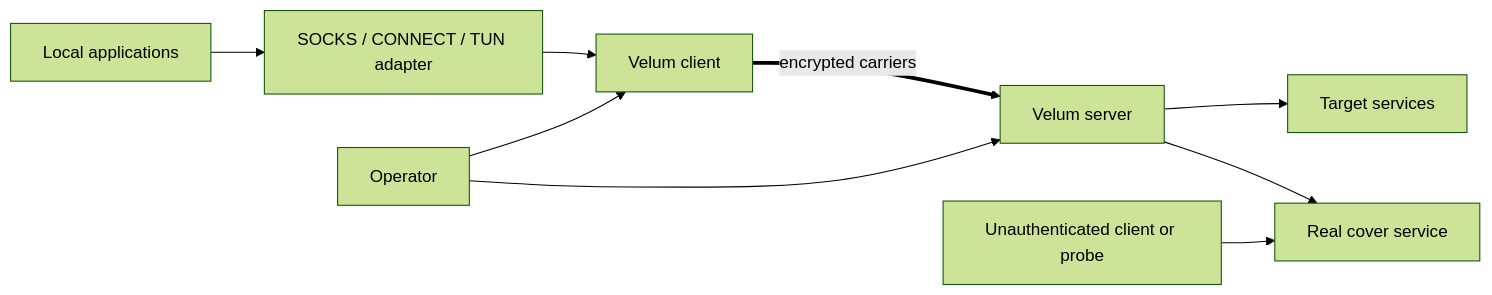
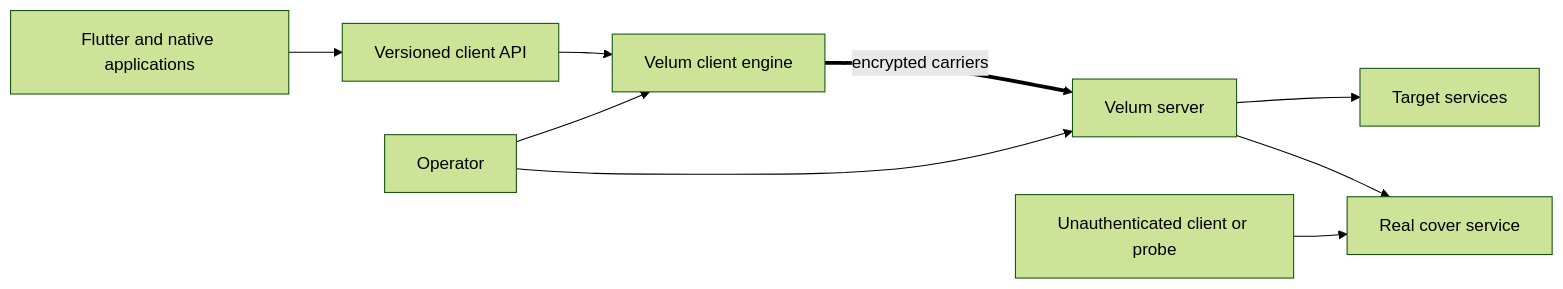
The first of 4 diagrams in docs/architecture.md (viloris-org/Velum), drawn with Mermaid (forest theme) before and after one commit. The commit also changed other lines of this file and 95 other files, not shown here.

Commit message:
feat(client): replace CONNECT proxy with direct Flutter API

````diff
--- a/docs/architecture.md
+++ b/docs/architecture.md
@@ -8,11 +8,11 @@
 ```mermaid
 flowchart LR
-    App[Local applications] --> Adapter[SOCKS / CONNECT / TUN adapter]
-    Adapter --> Client[Velum client]
+    App[Flutter and native applications] --> ClientApi[Versioned client API]
+    ClientApi --> Client[Velum client engine]
     Client == encrypted carriers ==> Server[Velum server]
     Server --> Internet[Target services]
     Probe[Unauthenticated client or probe] --> Cover[Real cover service]
     Server --> Cover
     Operator[Operator] --> Client
     Operator --> Server
 ```
````
